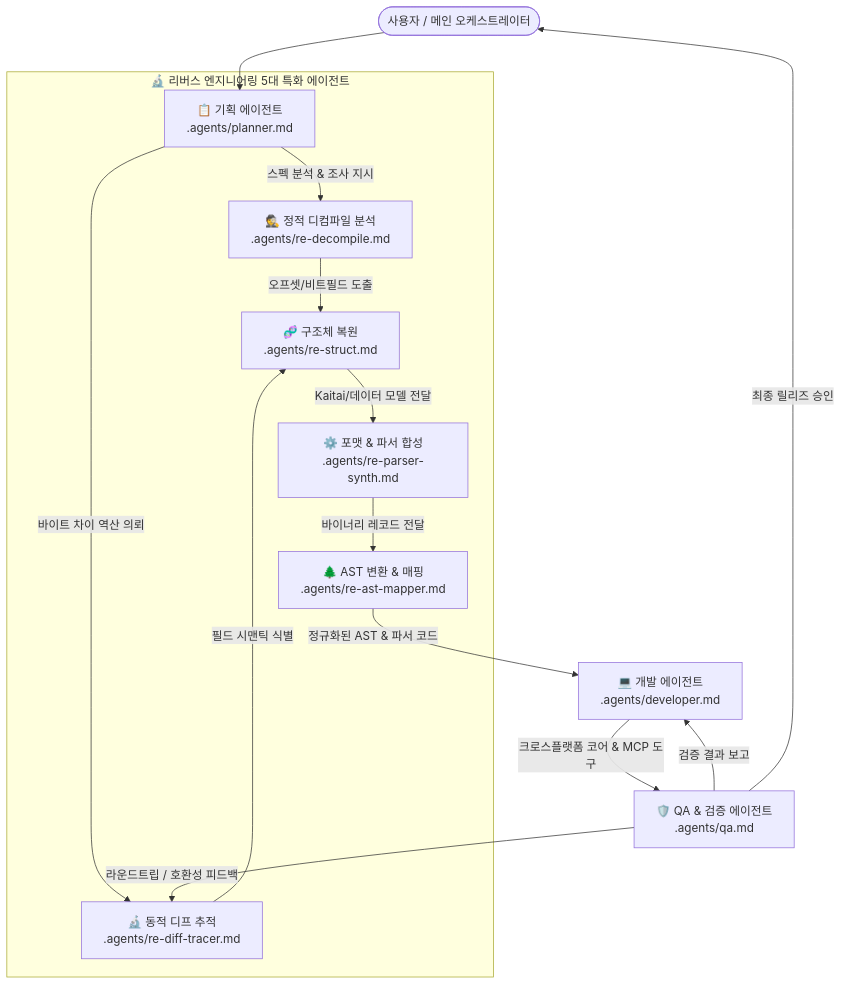
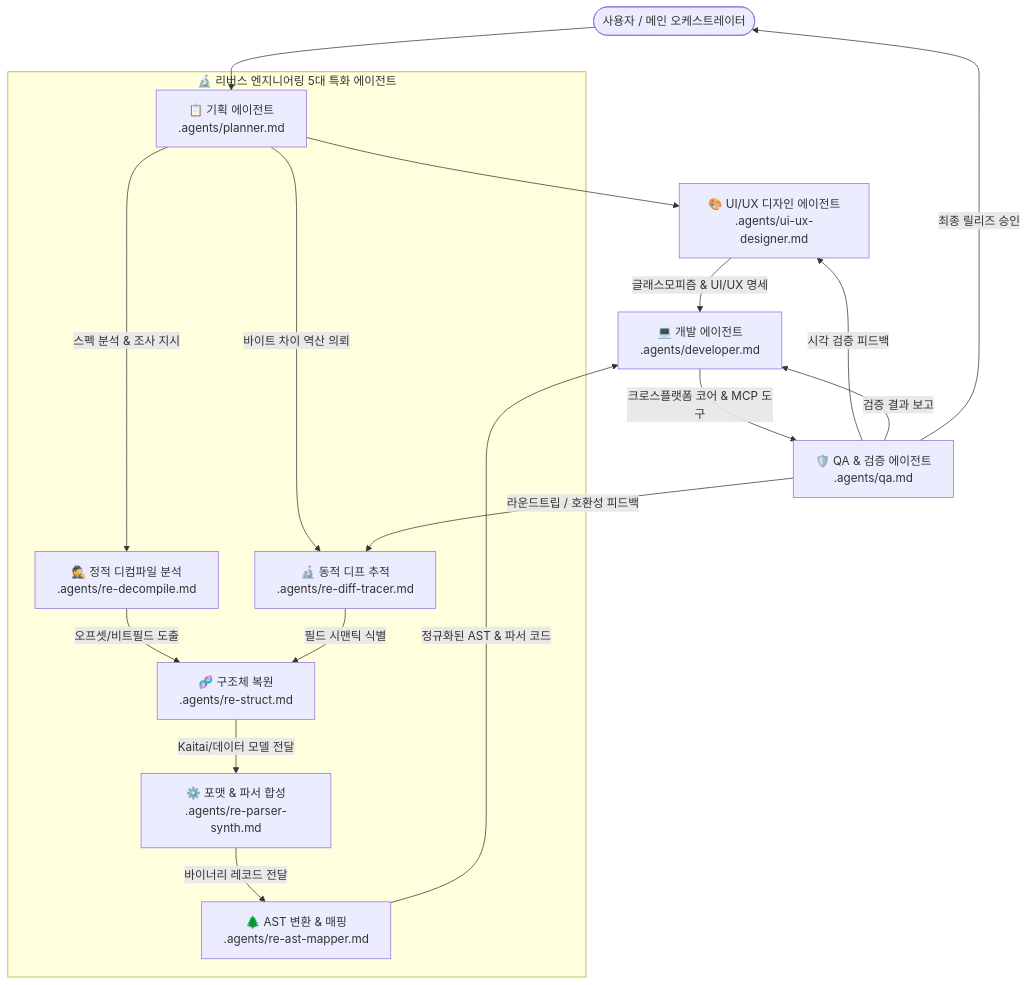
The diagram in AGENTS.md (iamywl/hanul-hwpx), drawn with Mermaid before and after one commit. The commit also changed other lines of this file and 36 other files, not shown here.

````diff
--- a/AGENTS.md
+++ b/AGENTS.md
@@ -14,19 +14,22 @@
 ```mermaid
 flowchart TD
     User([사용자 / 메인 오케스트레이터]) --> Planner[📋 기획 에이전트\n.agents/planner.md]
+    Planner --> Designer[🎨 UI/UX 디자인 에이전트\n.agents/ui-ux-designer.md]
     
     subgraph RE_Pipeline [🔬 리버스 엔지니어링 5대 특화 에이전트]
         Planner -->|스펙 분석 & 조사 지시| RE_Decompile[🕵️ 정적 디컴파일 분석\n.agents/re-decompile.md]
         Planner -->|바이트 차이 역산 의뢰| RE_Diff[🔬 동적 디프 추적\n.agents/re-diff-tracer.md]
         RE_Decompile -->|오프셋/비트필드 도출| RE_Struct[🧬 구조체 복원\n.agents/re-struct.md]
         RE_Diff -->|필드 시맨틱 식별| RE_Struct
         RE_Struct -->|Kaitai/데이터 모델 전달| RE_Parser[⚙️ 포맷 & 파서 합성\n.agents/re-parser-synth.md]
         RE_Parser -->|바이너리 레코드 전달| RE_AST[🌲 AST 변환 & 매핑\n.agents/re-ast-mapper.md]
     end
     
-    RE_AST -->|정규화된 AST & 파서 코드| Developer[💻 개발 에이전트\n.agents/developer.md]
+    Designer -->|글래스모피즘 & UI/UX 명세| Developer[💻 개발 에이전트\n.agents/developer.md]
+    RE_AST -->|정규화된 AST & 파서 코드| Developer
     Developer -->|크로스플랫폼 코어 & MCP 도구| QA[🛡️ QA & 검증 에이전트\n.agents/qa.md]
     QA -->|라운드트립 / 호환성 피드백| RE_Diff
+    QA -->|시각 검증 피드백| Designer
     QA -->|검증 결과 보고| Developer
     QA -->|최종 릴리즈 승인| User
 ```
````
